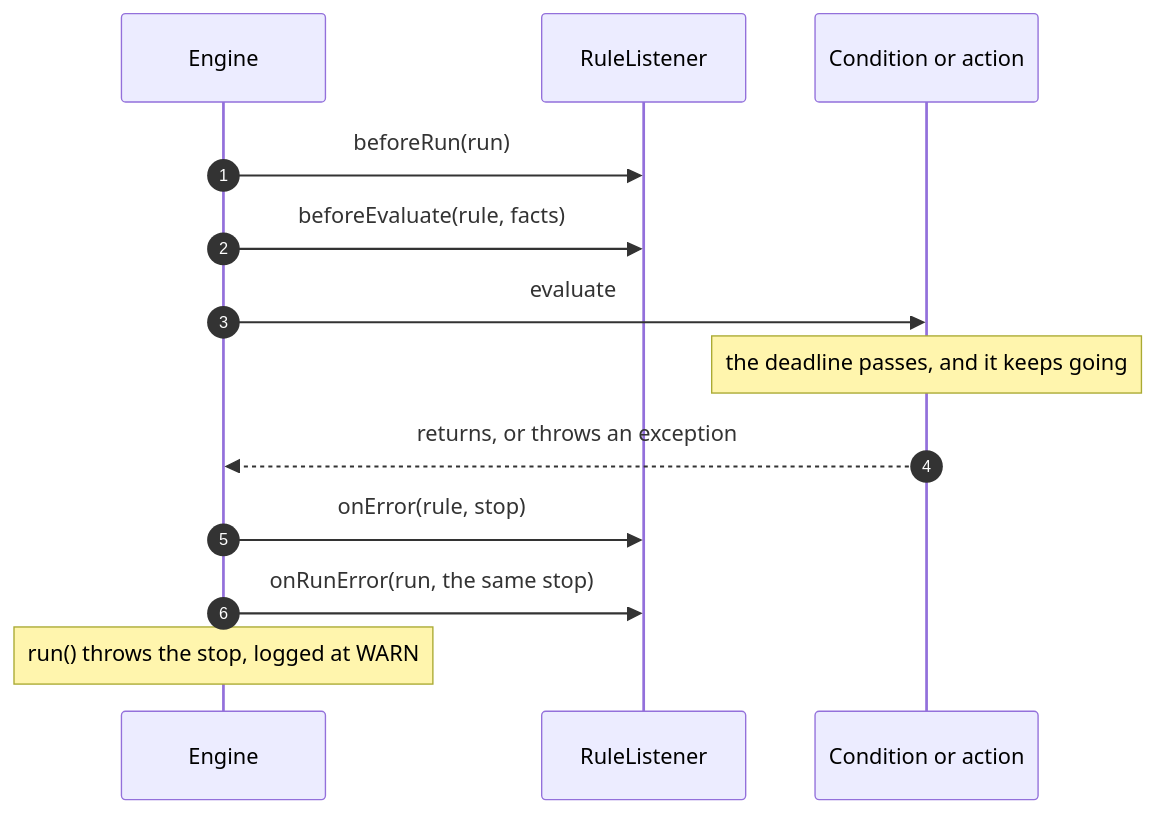
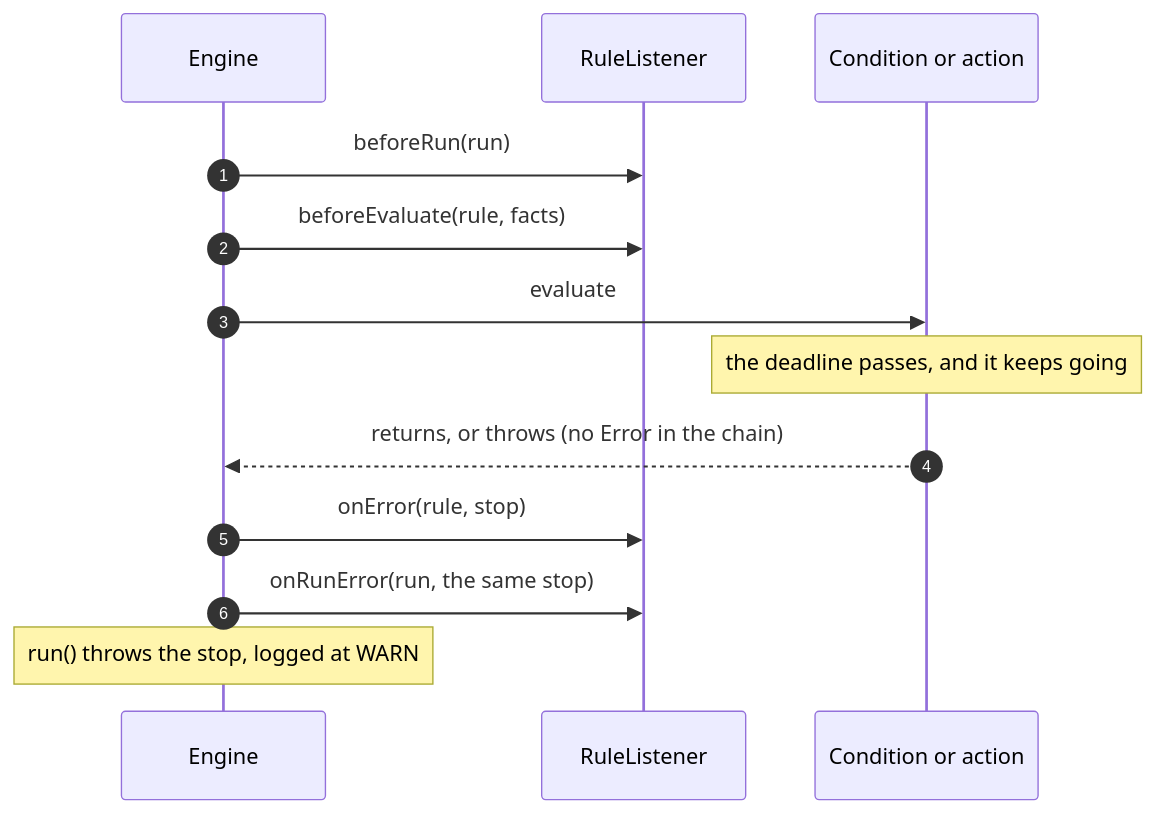
Before and after one commit to brantunger/unruly-engine: the diagram in docs/stopping-runs.md, drawn with Mermaid. The commit also changed other lines of this file and 11 other files, not shown here.

````diff
--- a/docs/stopping-runs.md
+++ b/docs/stopping-runs.md
@@ -134,15 +144,15 @@
 ```mermaid
 sequenceDiagram
     autonumber
     participant E as Engine
     participant L as RuleListener
     participant R as Condition or action
     E->>L: beforeRun(run)
     E->>L: beforeEvaluate(rule, facts)
     E->>R: evaluate
     Note over R: the deadline passes, and it keeps going
-    R-->>E: returns, or throws an exception
+    R-->>E: returns, or throws (no Error in the chain)
     E->>L: onError(rule, stop)
     E->>L: onRunError(run, the same stop)
     Note over E: run() throws the stop, logged at WARN
 ```
````
